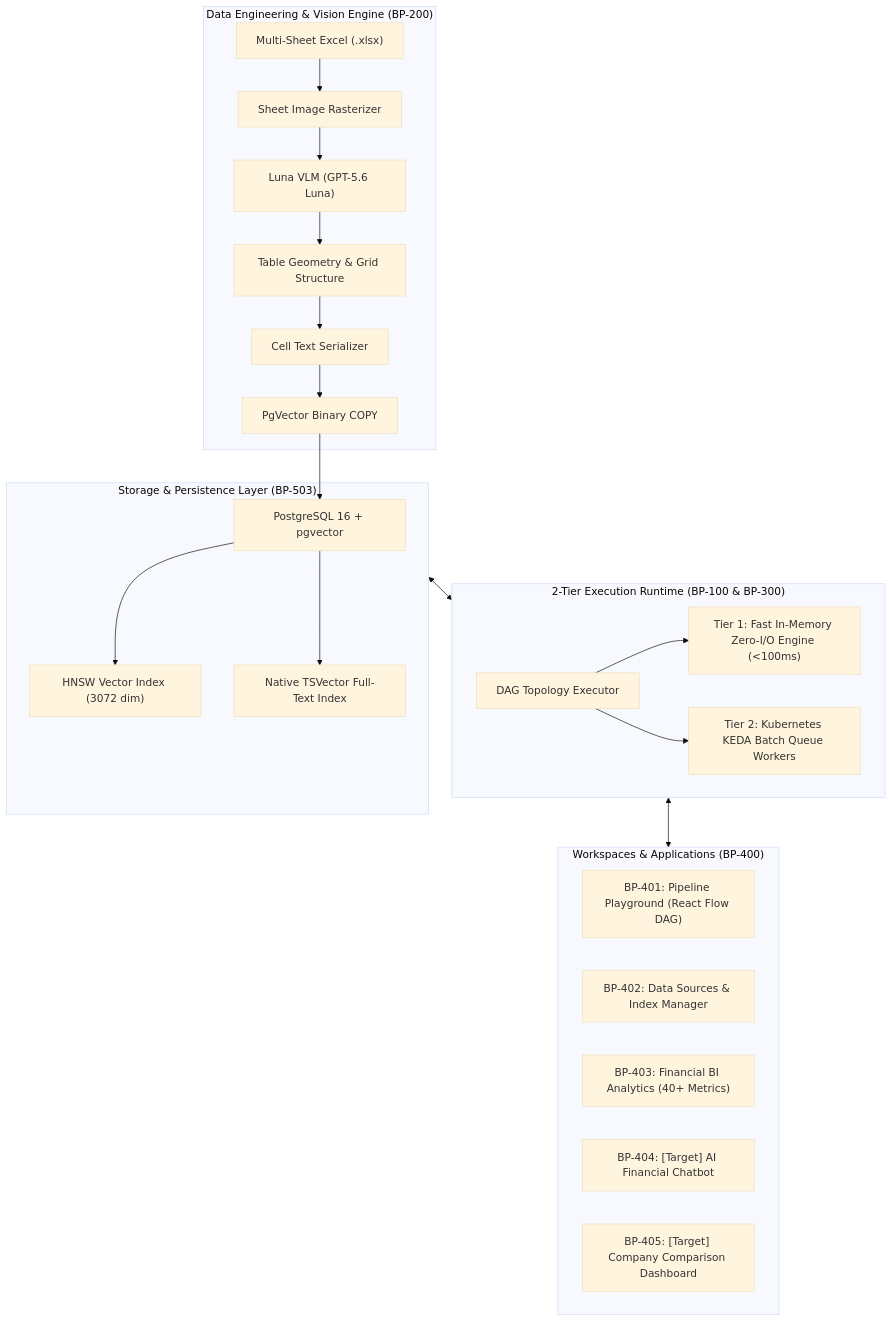
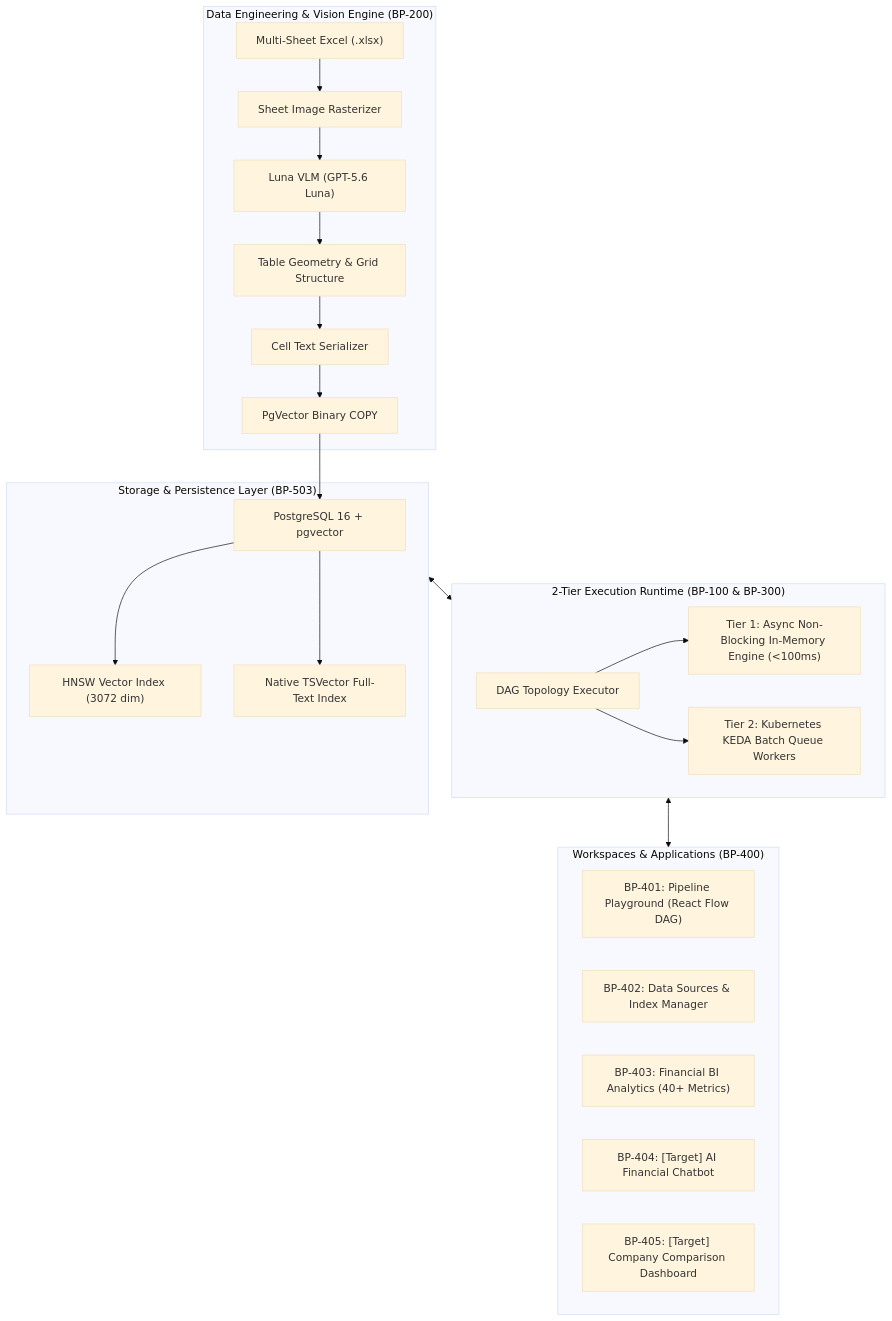
The first of 2 diagrams in docs/README.md (bist-mini-final/bist-mini-final), drawn with Mermaid (base theme) before and after one commit.

Commit message:
docs: align Tier 1 definition in master README to Async Non-Blocking In-Memory Engine

````diff
--- a/docs/README.md
+++ b/docs/README.md
@@ -13,35 +13,35 @@
 ```mermaid
 flowchart TD
     subgraph DataEngine ["Data Engineering & Vision Engine (BP-200)"]
         EXCEL["Multi-Sheet Excel (.xlsx)"] --> RENDER["Sheet Image Rasterizer"]
         RENDER --> VLM["Luna VLM (GPT-5.6 Luna)"]
         VLM --> STRUCT["Table Geometry & Grid Structure"]
         STRUCT --> SERIAL["Cell Text Serializer"]
         SERIAL --> BCP["PgVector Binary COPY"]
     end
 
     subgraph Storage ["Storage & Persistence Layer (BP-503)"]
         BCP --> PG["PostgreSQL 16 + pgvector"]
         PG --> HNSW["HNSW Vector Index (3072 dim)"]
         PG --> FTS["Native TSVector Full-Text Index"]
     end
 
     subgraph Engine ["2-Tier Execution Runtime (BP-100 & BP-300)"]
         DAG["DAG Topology Executor"]
-        FAST["Tier 1: Fast In-Memory Zero-I/O Engine (<100ms)"]
+        FAST["Tier 1: Async Non-Blocking In-Memory Engine (<100ms)"]
         DIST["Tier 2: Kubernetes KEDA Batch Queue Workers"]
         DAG --> FAST
         DAG --> DIST
     end
 
     subgraph Workspaces ["Workspaces & Applications (BP-400)"]
         WS1["BP-401: Pipeline Playground (React Flow DAG)"]
         WS2["BP-402: Data Sources & Index Manager"]
         WS3["BP-403: Financial BI Analytics (40+ Metrics)"]
         WS4["BP-404: [Target] AI Financial Chatbot"]
         WS5["BP-405: [Target] Company Comparison Dashboard"]
     end
 
     Storage <--> Engine
     Engine <--> Workspaces
 ```
````
